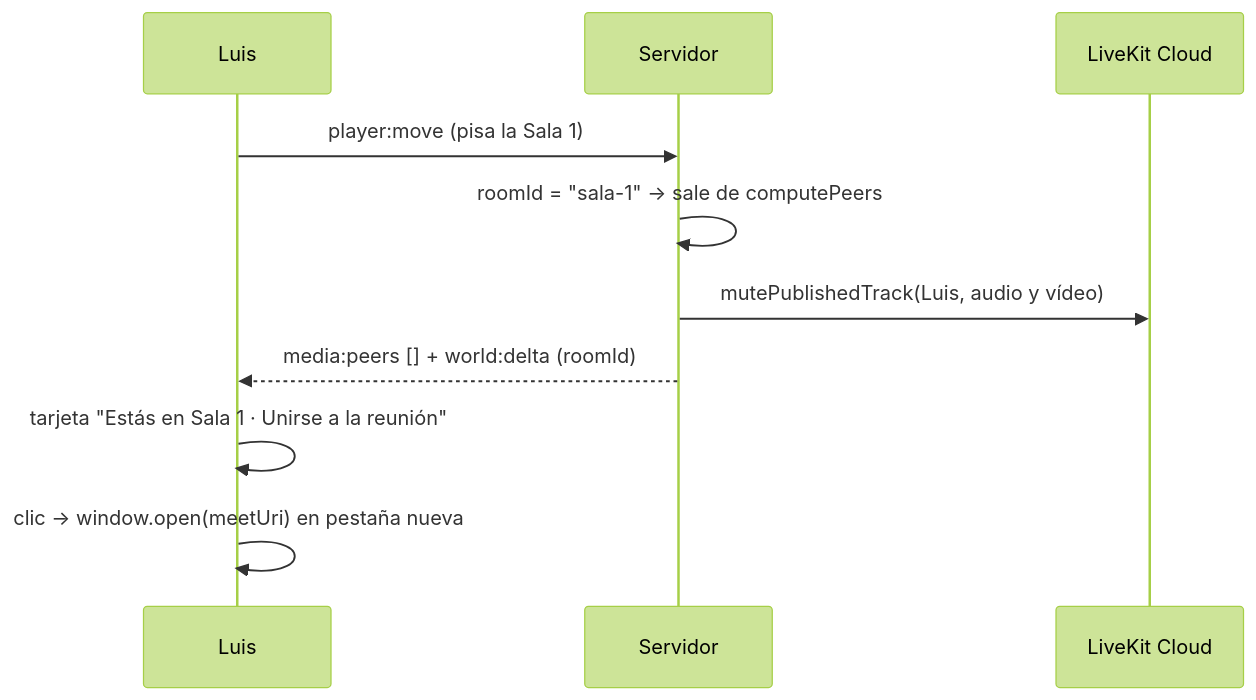
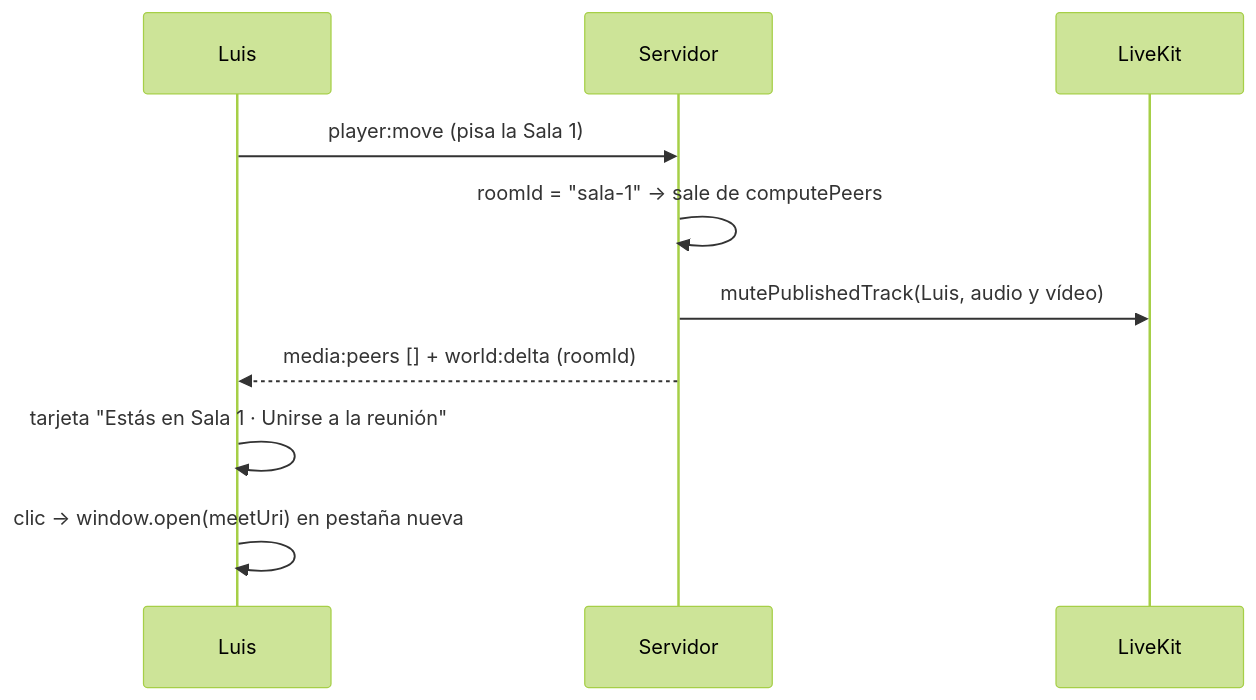
The fourth of 4 diagrams in docs/virtual-office-mvp/02-arquitectura.md (nesram5/html-course), drawn with Mermaid (forest theme) before and after one commit. The commit also changed other lines of this file and 7 other files, not shown here.

First line of the commit message:
docs: self-host LiveKit for the beta, keep LiveKit Cloud free tier for development

````diff
--- a/docs/virtual-office-mvp/02-arquitectura.md
+++ b/docs/virtual-office-mvp/02-arquitectura.md
@@ -334,12 +338,12 @@
 ```mermaid
 sequenceDiagram
     participant L as Luis
     participant S as Servidor
-    participant K as LiveKit Cloud
+    participant K as LiveKit
     L->>S: player:move (pisa la Sala 1)
     S->>S: roomId = "sala-1" → sale de computePeers
     S->>K: mutePublishedTrack(Luis, audio y vídeo)
     S-->>L: media:peers [] + world:delta (roomId)
     L->>L: tarjeta "Estás en Sala 1 · Unirse a la reunión"
     L->>L: clic → window.open(meetUri) en pestaña nueva
 ```
````
